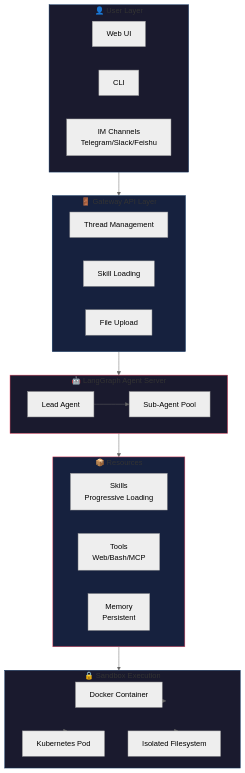
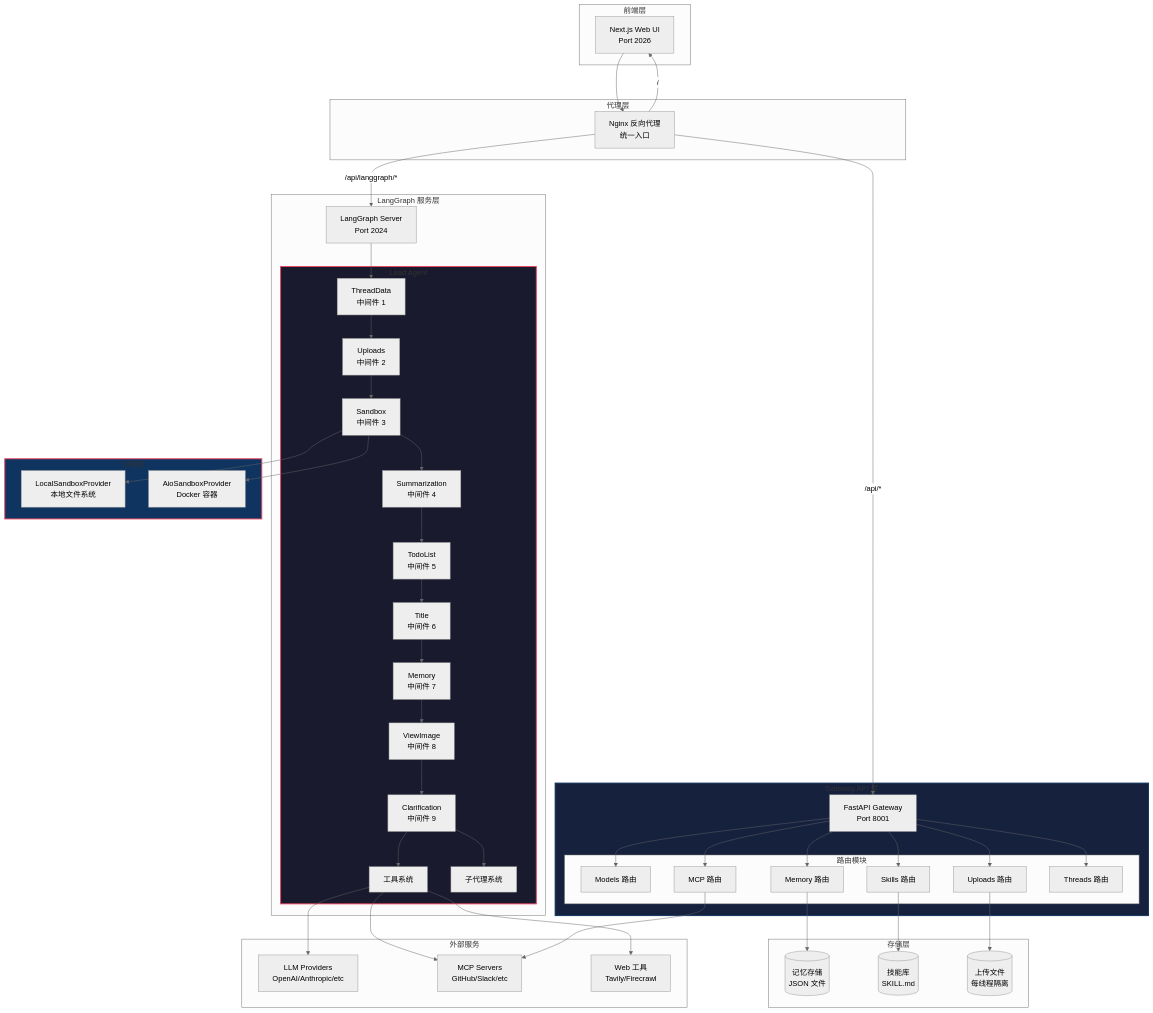
The first of 10 diagrams in diagrams/prey_010_architecture.md (qq654436/TianShu-Agent-Deep-Dive), drawn with Mermaid (neutral theme) before and after one commit. The commit also changed other lines of this file and 5 other files, not shown here.

````diff
--- a/diagrams/prey_010_architecture.md
+++ b/diagrams/prey_010_architecture.md
@@ -13,44 +11,87 @@
 ```mermaid
 flowchart TB
-    subgraph User["👤 User Layer"]
-        Web[Web UI]
-        CLI[CLI]
-        IM[IM Channels<br/>Telegram/Slack/Feishu]
+    subgraph Frontend["前端层"]
+        Web[Next.js Web UI<br/>Port 2026]
     end
 
-    subgraph Gateway["🚪 Gateway API Layer"]
-        Thread[Thread Management]
-        Skill[Skill Loading]
-        File[File Upload]
+    subgraph Proxy["代理层"]
+        Nginx[Nginx 反向代理<br/>统一入口]
     end
 
-    subgraph Agent["🤖 LangGraph Agent Server"]
-        Lead[Lead Agent]
-        Sub[Sub-Agent Pool]
+    subgraph LangGraph["LangGraph 服务层"]
+        LG[LangGraph Server<br/>Port 2024]
+        
+        subgraph Agent["Lead Agent"]
+            MW1[ThreadData<br/>中间件 1]
+            MW2[Uploads<br/>中间件 2]
+            MW3[Sandbox<br/>中间件 3]
+            MW4[Summarization<br/>中间件 4]
+            MW5[TodoList<br/>中间件 5]
+            MW6[Title<br/>中间件 6]
+            MW7[Memory<br/>中间件 7]
+            MW8[ViewImage<br/>中间件 8]
+            MW9[Clarification<br/>中间件 9]
+            
+            Tools[工具系统]
+            Subagents[子代理系统]
+        end
     end
 
-    subgraph Resources["📦 Resources"]
-        Skills[Skills<br/>Progressive Loading]
-        Tools[Tools<br/>Web/Bash/MCP]
-        Memory[Memory<br/>Persistent]
+    subgraph Gateway["Gateway API 层"]
+        GW[FastAPI Gateway<br/>Port 8001]
+        
+        subgraph Routers["路由模块"]
+            R1[Models 路由]
+            R2[MCP 路由]
+            R3[Skills 路由]
+            R4[Memory 路由]
+            R5[Uploads 路由]
+            R6[Threads 路由]
+        end
     end
 
-    subgraph Sandbox["🔒 Sandbox Execution"]
-        Docker[Docker Container]
-        K8s[Kubernetes Pod]
-        FS[Isolated Filesystem]
+    subgraph Sandbox["沙箱层"]
+        LocalSandbox[LocalSandboxProvider<br/>本地文件系统]
+        DockerSandbox[AioSandboxProvider<br/>Docker 容器]
     end
 
-    User --> Gateway
-    Gateway --> Agent
-    Lead --> Sub
-    Agent --> Resources
-    Resources --> Sandbox
-    Sandbox --> Docker & K8s & FS
+    subgraph Storage["存储层"]
+        MemoryDB[(记忆存储<br/>JSON 文件)]
+        SkillDB[(技能库<br/>SKILL.md)]
+        UploadDB[(上传文件<br/>每线程隔离)]
+    end
 
-    style User fill:#1a1a2e,stroke:#0f3460
-    style Gateway fill:#16213e,stroke:#0f3460
-    style Agent fill:#1a1a2e,stroke:#e94560
-    style Resources fill:#16213e,stroke:#e94560
-    style Sandbox fill:#1a1a2e,stroke:#0f3460
+    subgraph External["外部服务"]
+        LLM[LLM Providers<br/>OpenAI/Anthropic/etc]
+        MCP[MCP Servers<br/>GitHub/Slack/etc]
+        WebTools[Web 工具<br/>Tavily/Firecrawl]
+    end
+
+    Web --> Nginx
+    Nginx -->|/api/langgraph/*| LG
+    Nginx -->|/api/*| GW
+    Nginx -->|/| Web
+
+    LG --> MW1 --> MW2 --> MW3 --> MW4 --> MW5 --> MW6 --> MW7 --> MW8 --> MW9
+    MW9 --> Tools
+    MW9 --> Subagents
+
+    MW3 --> LocalSandbox
+    MW3 --> DockerSandbox
+
+    GW --> R1 & R2 & R3 & R4 & R5 & R6
+
+    R3 --> SkillDB
+    R4 --> MemoryDB
+    R5 --> UploadDB
+
+    Tools --> LLM
+    Tools --> MCP
+    Tools --> WebTools
+
+    R2 --> MCP
+
+    style Agent fill:#1a1a2e,stroke:#e94560,stroke-width:2px
+    style Gateway fill:#16213e,stroke:#0f3460,stroke-width:2px
+    style Sandbox fill:#0f3460,stroke:#e94560,stroke-width:2px
 ```
````
